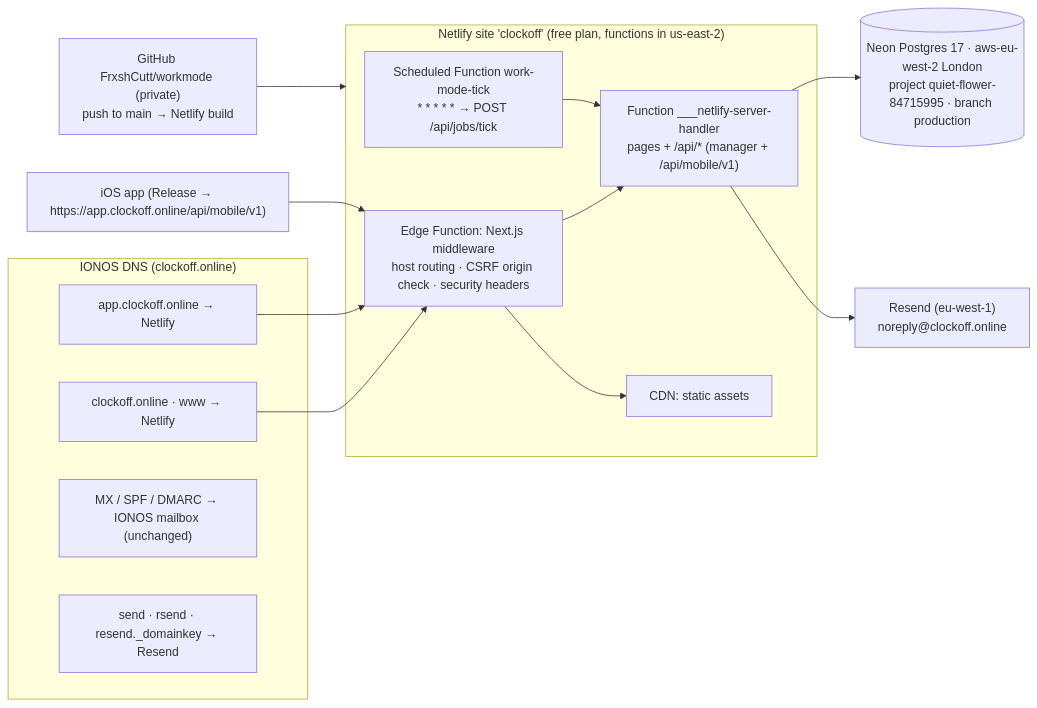
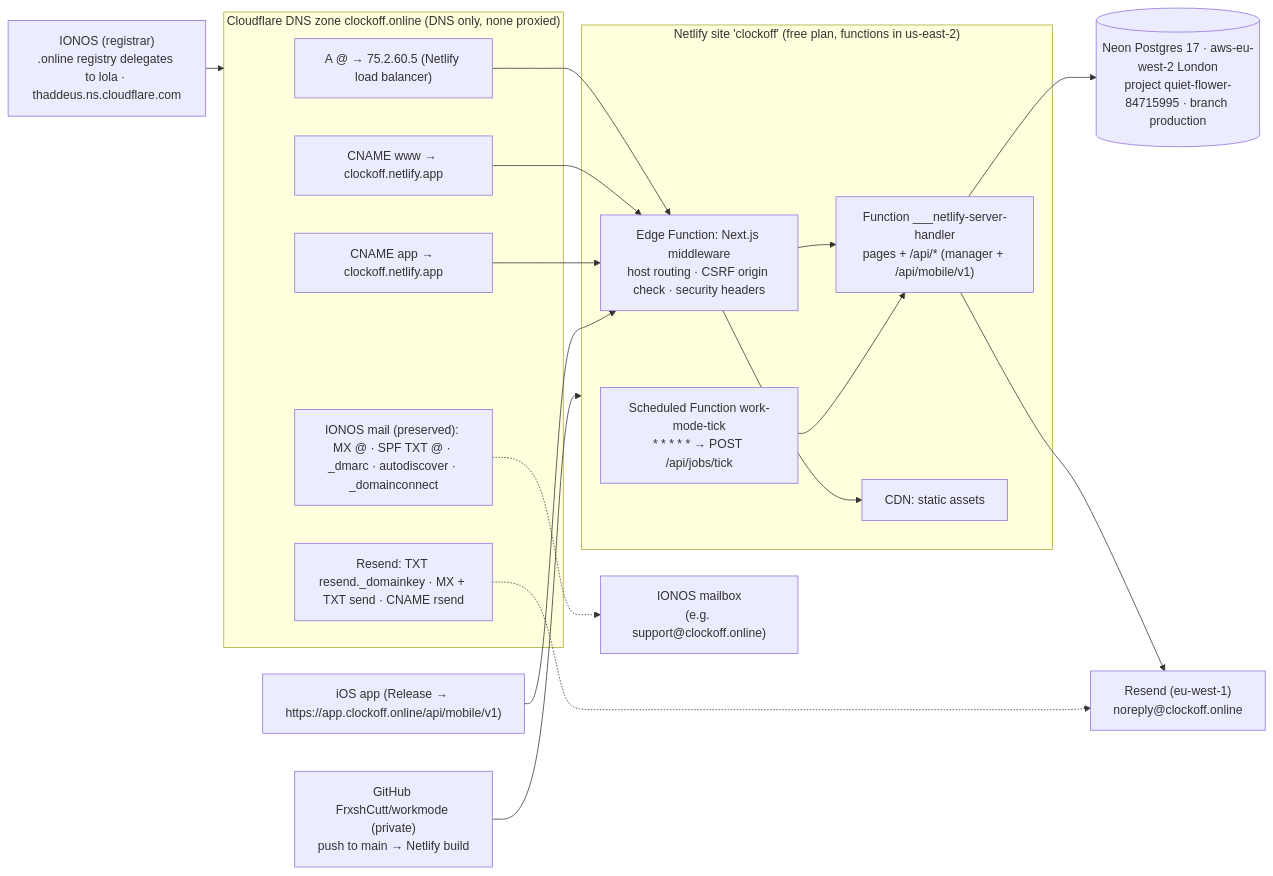
Before and after one commit to FrxshCutt/clockoff: the diagram in docs/DEPLOYMENT.md, drawn with Mermaid. The commit also changed other lines of this file and 3 other files, not shown here.

First line of the commit message:
Docs: production is live on Cloudflare DNS; email verified

````diff
--- a/docs/DEPLOYMENT.md
+++ b/docs/DEPLOYMENT.md
@@ -9,29 +14,36 @@
 ```mermaid
 flowchart LR
-  subgraph IONOS["IONOS DNS (clockoff.online)"]
-    APEX["clockoff.online · www → Netlify"]
-    APP["app.clockoff.online → Netlify"]
-    MAILREC["MX / SPF / DMARC → IONOS mailbox (unchanged)"]
-    RESENDREC["send · rsend · resend._domainkey → Resend"]
+  REG["IONOS (registrar)\n.online registry delegates to lola · thaddeus.ns.cloudflare.com"]
+  subgraph CF["Cloudflare DNS zone clockoff.online (DNS only, none proxied)"]
+    APEX["A @ → 75.2.60.5 (Netlify load balancer)"]
+    WWW["CNAME www → clockoff.netlify.app"]
+    APP["CNAME app → clockoff.netlify.app"]
+    RESENDREC["Resend: TXT resend._domainkey · MX + TXT send · CNAME rsend"]
+    MAILREC["IONOS mail (preserved): MX @ · SPF TXT @ · _dmarc · autodiscover · _domainconnect"]
   end
   subgraph Netlify["Netlify site 'clockoff' (free plan, functions in us-east-2)"]
     EDGE["Edge Function: Next.js middleware\nhost routing · CSRF origin check · security headers"]
     SRV["Function ___netlify-server-handler\npages + /api/* (manager + /api/mobile/v1)"]
     SCHED["Scheduled Function work-mode-tick\n* * * * * → POST /api/jobs/tick"]
     CDN["CDN: static assets"]
   end
   NEON[("Neon Postgres 17 · aws-eu-west-2 London\nproject quiet-flower-84715995 · branch production")]
   RESEND["Resend (eu-west-1)\nnoreply@clockoff.online"]
+  MAILBOX["IONOS mailbox\n(e.g. support@clockoff.online)"]
   GH["GitHub FrxshCutt/workmode (private)\npush to main → Netlify build"]
   IOS["iOS app (Release → https://app.clockoff.online/api/mobile/v1)"]
 
+  REG --> CF
   APEX --> EDGE
+  WWW --> EDGE
   APP --> EDGE
   IOS --> EDGE
   EDGE --> SRV
   EDGE --> CDN
   SCHED --> SRV
   SRV --> NEON
   SRV --> RESEND
+  RESENDREC -.-> RESEND
+  MAILREC -.-> MAILBOX
   GH --> Netlify
 ```
````
